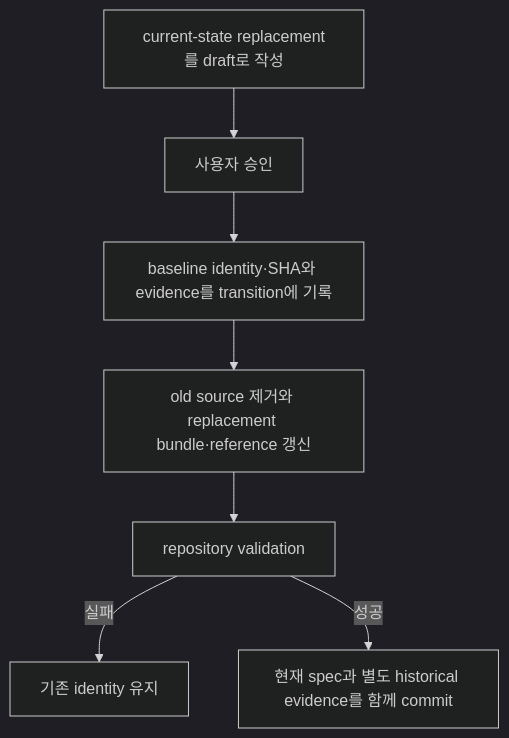
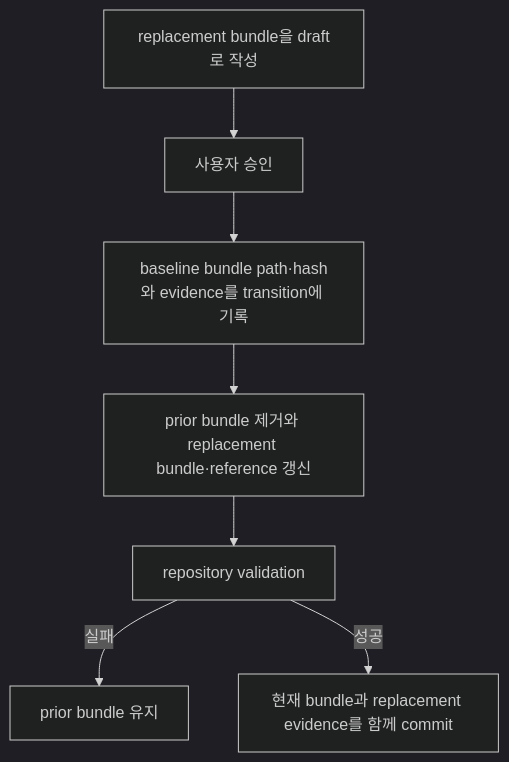
The third of 3 diagrams in docs/specs/semantic-spec-bundles/semantic-spec-bundle-contract.md (hope1026/aiagent-plugins), drawn with Mermaid (dark theme) before and after one commit. The commit also changed other lines of this file and 66 other files, not shown here.

````diff
--- a/docs/specs/semantic-spec-bundles/semantic-spec-bundle-contract.md
+++ b/docs/specs/semantic-spec-bundles/semantic-spec-bundle-contract.md
@@ -83,9 +61,9 @@
 ```mermaid
 flowchart TD
-    A["current-state replacement를 draft로 작성"] --> B["사용자 승인"]
-    B --> C["baseline identity·SHA와 evidence를 transition에 기록"]
-    C --> D["old source 제거와 replacement bundle·reference 갱신"]
+    A["replacement bundle을 draft로 작성"] --> B["사용자 승인"]
+    B --> C["baseline bundle path·hash와 evidence를 transition에 기록"]
+    C --> D["prior bundle 제거와 replacement bundle·reference 갱신"]
     D --> E["repository validation"]
-    E -->|실패| F["기존 identity 유지"]
-    E -->|성공| G["현재 spec과 별도 historical evidence를 함께 commit"]
+    E -->|실패| F["prior bundle 유지"]
+    E -->|성공| G["현재 bundle과 replacement evidence를 함께 commit"]
 ```
````
